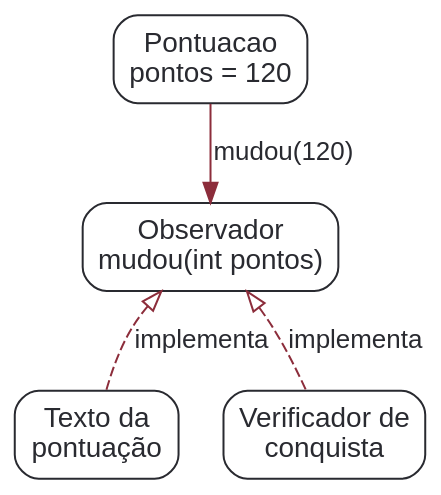
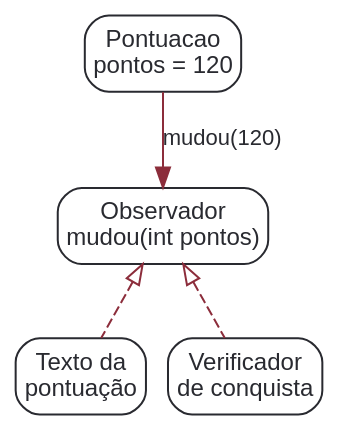
Before and after one commit to rodrgds/resumos: the diagram in src/content/ldts/observer.dot, drawn with Graphviz.

Commit message:
fix(ldts): mostrar os dois observadores no telemóvel

```diff
--- a/src/content/ldts/observer.dot
+++ b/src/content/ldts/observer.dot
@@ -1,13 +1,13 @@
 digraph Observer {
-  graph [bgcolor="transparent", rankdir=TB, pad=0.2, nodesep=0.3, ranksep=0.5];
-  node [shape=box, style=rounded, color="#292a30", fontcolor="#292a30", fontname="Arial", fontsize=14, margin="0.12,0.1"];
-  edge [color="#8c2d3b", fontcolor="#292a30", fontname="Arial", fontsize=13];
+  graph [bgcolor="transparent", rankdir=TB, pad=0.08, nodesep=0.15, ranksep=0.5];
+  node [shape=box, style=rounded, color="#292a30", fontcolor="#292a30", fontname="Arial", fontsize=12, margin="0.06,0.08"];
+  edge [color="#8c2d3b", fontcolor="#292a30", fontname="Arial", fontsize=11];
   sujeito [label="Pontuacao\npontos = 120"];
   contrato [label="Observador\nmudou(int pontos)"];
   texto [label="Texto da\npontuação"];
-  conquista [label="Verificador de\nconquista"];
+  conquista [label="Verificador\nde conquista"];
   sujeito -> contrato [label="mudou(120)"];
-  contrato -> texto [label="implementa", style=dashed, dir=back, arrowtail=empty];
-  contrato -> conquista [label="implementa", style=dashed, dir=back, arrowtail=empty];
+  contrato -> texto [style=dashed, dir=back, arrowtail=empty];
+  contrato -> conquista [style=dashed, dir=back, arrowtail=empty];
   { rank=same; texto; conquista; }
 }
```
